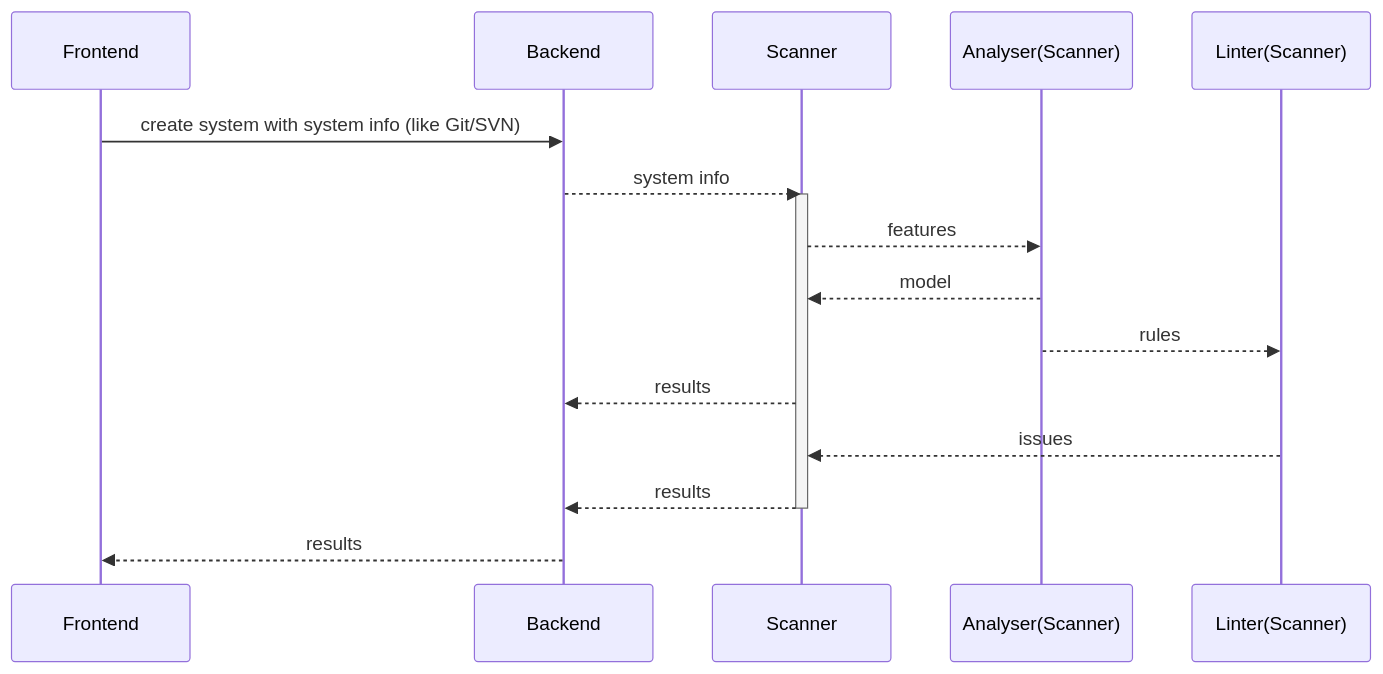
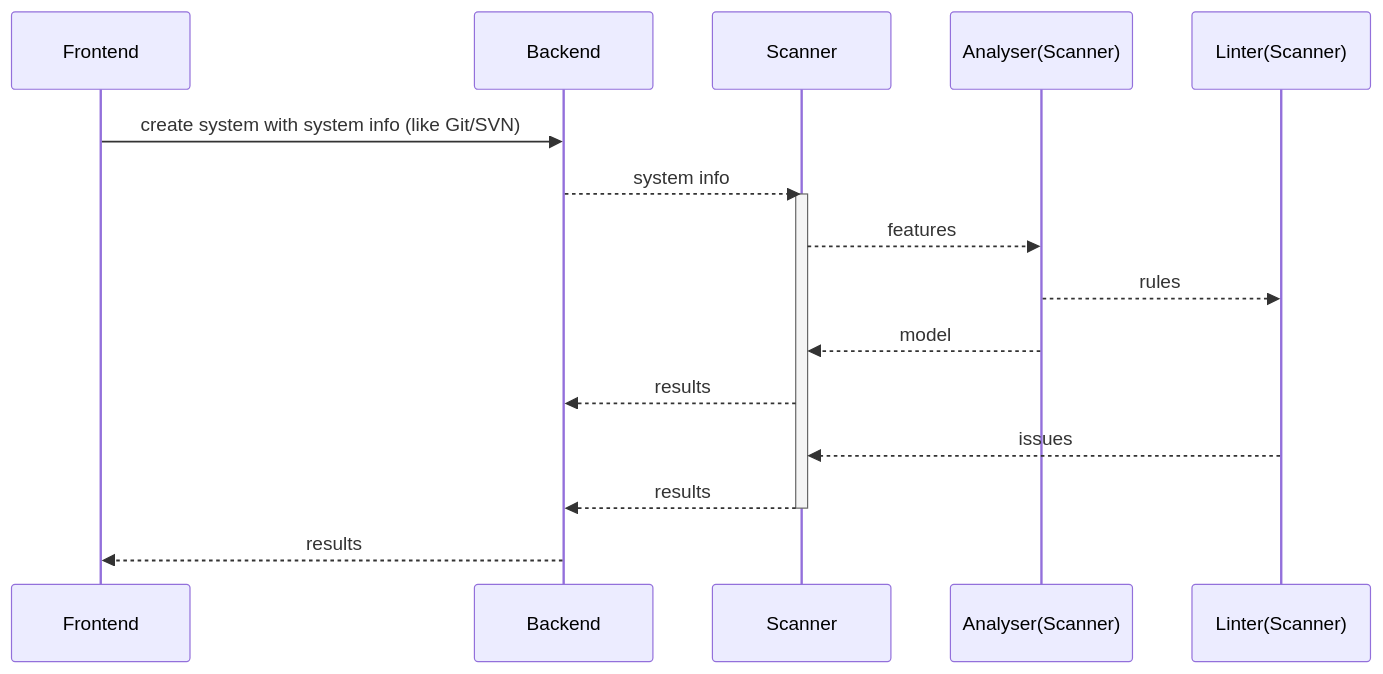
The diagram in profile/README.md (archguard/.github), drawn with Mermaid before and after one commit. The commit also changed other lines of this file, not shown here.

````diff
--- a/profile/README.md
+++ b/profile/README.md
@@ -6,20 +6,20 @@
 ```mermaid
 sequenceDiagram
     Frontend->>Backend: create system with system info (like Git/SVN)
     Backend-->>Scanner: system info
 
     activate Scanner
     
     Scanner-->>Analyser(Scanner): features
+    Analyser(Scanner)-->>Linter(Scanner): rules
+
     Analyser(Scanner)-->>Scanner: model
-
-    Analyser(Scanner)-->>Linter(Scanner): rules
     Scanner-->>Backend: results
 
     Linter(Scanner)-->>Scanner: issues
     Scanner-->>Backend: results
     
     deactivate Scanner
 
     Backend-->>Frontend: results
 ```
````
